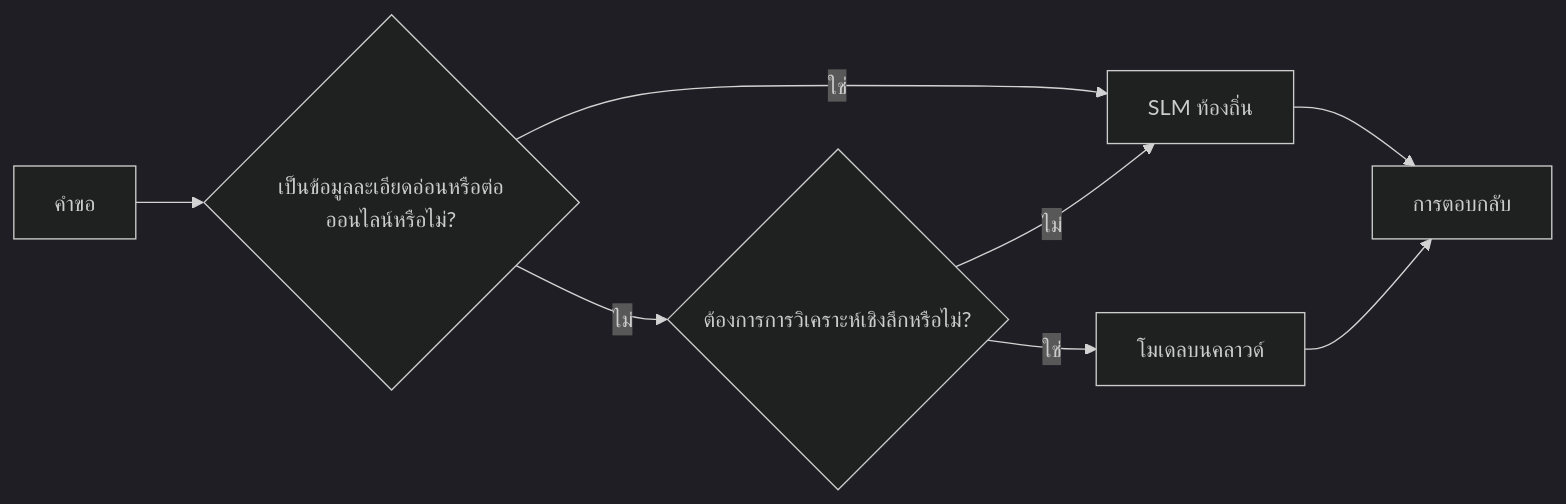
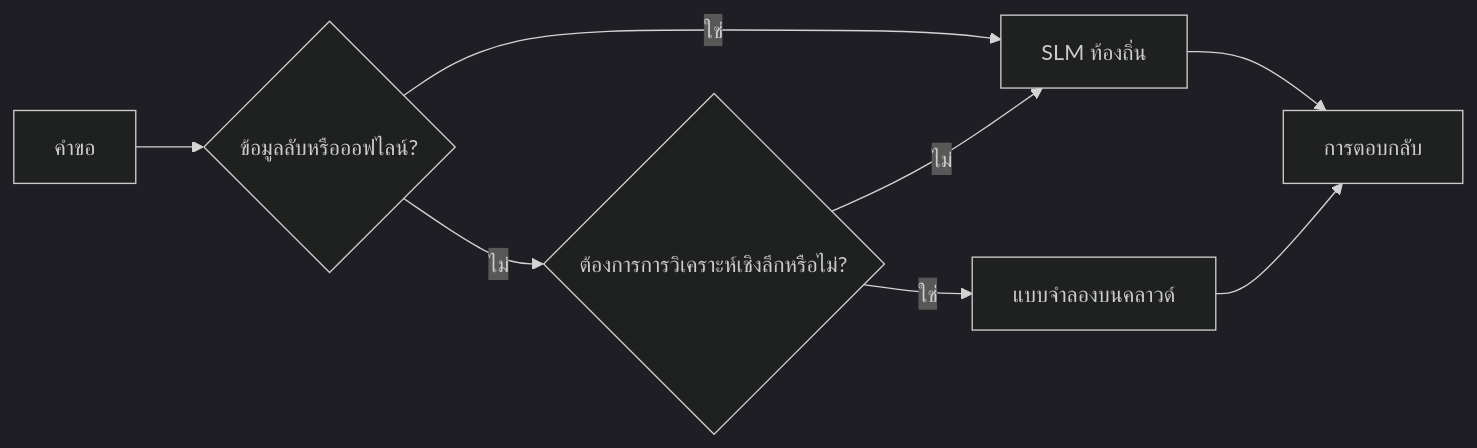
One commit to gabrielmoreira/agent-skills-mirror changed the fourth of 4 diagrams in mirrors/repos/microsoft@ai-agents-for-beginners/translations/th/17-creating-local-ai-agents/README.md. Above: the diagram before and after it, drawn with Mermaid (dark theme). The commit also changed other lines of this file and 4262 other files, not shown here.

````diff
--- a/mirrors/repos/microsoft@ai-agents-for-beginners/translations/th/17-creating-local-ai-agents/README.md
+++ b/mirrors/repos/microsoft@ai-agents-for-beginners/translations/th/17-creating-local-ai-agents/README.md
@@ -156,10 +156,10 @@
 ```mermaid
 flowchart LR
-    Q[คำขอ] --> S{เป็นข้อมูลละเอียดอ่อนหรือต่อออนไลน์หรือไม่?}
+    Q[คำขอ] --> S{ข้อมูลลับหรือออฟไลน์?}
     S -->|ใช่| L[SLM ท้องถิ่น]
     S -->|ไม่| C{ต้องการการวิเคราะห์เชิงลึกหรือไม่?}
     C -->|ไม่| L
-    C -->|ใช่| Cloud[โมเดลบนคลาวด์]
+    C -->|ใช่| Cloud[แบบจำลองบนคลาวด์]
     L --> Out[การตอบกลับ]
     Cloud --> Out
 ```
````
